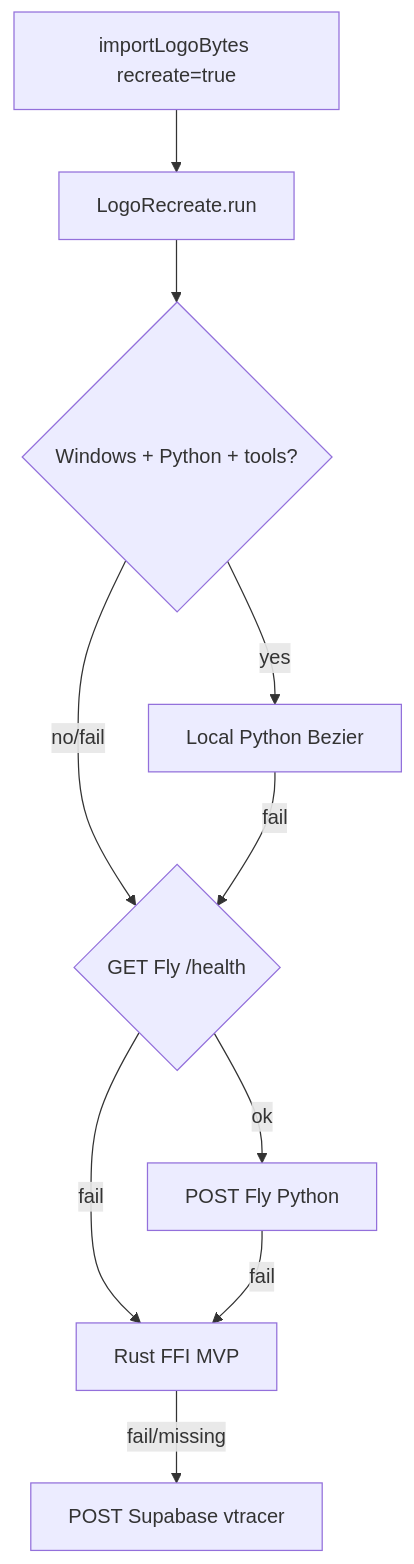
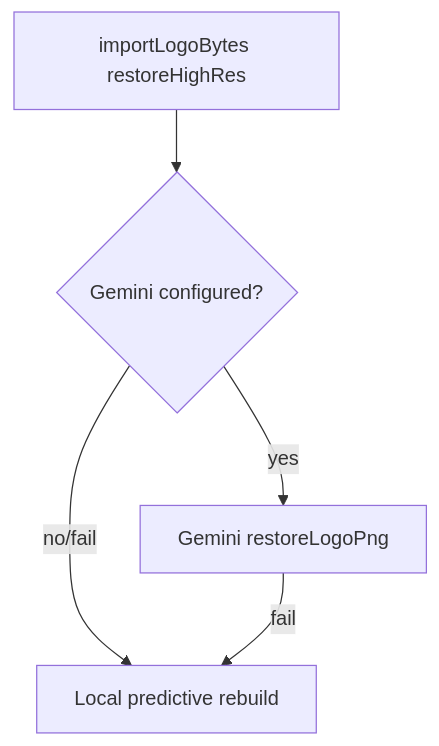
Before and after one commit to StagingLogShippingTracker/swift-shipping-label: the diagram in AUDIT_REPORT_STRUCTURE.md, drawn with Mermaid. The commit also changed other lines of this file and 33 other files, not shown here.

````diff
--- a/AUDIT_REPORT_STRUCTURE.md
+++ b/AUDIT_REPORT_STRUCTURE.md
@@ -259,13 +255,8 @@
 ```mermaid
 flowchart TD
-  import[importLogoBytes recreate=true]
-  import --> run[LogoRecreate.run]
-  run --> win{Windows + Python + tools?}
-  win -->|yes| py[Local Python Bezier]
-  win -->|no/fail| flyH{GET Fly /health}
-  flyH -->|ok| fly[POST Fly Python]
-  flyH -->|fail| rust
-  fly -->|fail| rust[Rust FFI MVP]
-  rust -->|fail/missing| sb[POST Supabase vtracer]
-  py -->|fail| flyH
+  import[importLogoBytes restoreHighRes]
+  import --> gemini{Gemini configured?}
+  gemini -->|yes| redraw[Gemini restoreLogoPng]
+  gemini -->|no/fail| local[Local predictive rebuild]
+  redraw -->|fail| local
 ```
````
